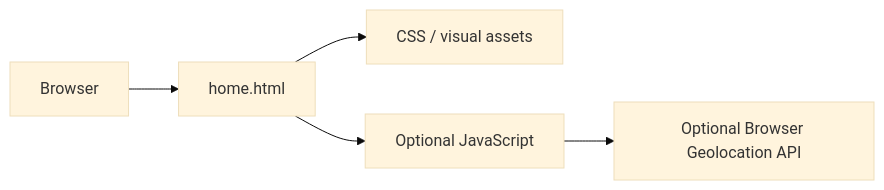
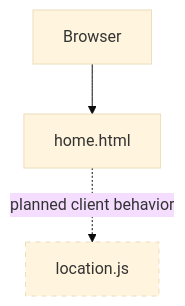
Before and after one commit to HidayahMF/BirthdayGtya: the second of 3 diagrams in docs/development-pipeline.md, drawn with Mermaid (base theme). The commit also changed other lines of this file, not shown here.

Commit message:
docs: upgrade development pipeline visual blueprint

````diff
--- a/docs/development-pipeline.md
+++ b/docs/development-pipeline.md
@@ -35,7 +35,8 @@
 ```mermaid
-flowchart LR
+flowchart TD
     B[Browser] --> H[home.html]
-    H --> CSS[CSS / visual assets]
-    H --> JS[Optional JavaScript]
-    JS --> GEO[Optional Browser Geolocation API]
+    H -. planned client behavior .-> L[location.js]
+
+    classDef pending stroke-dasharray: 5 5
+    class L pending
 ```
````
